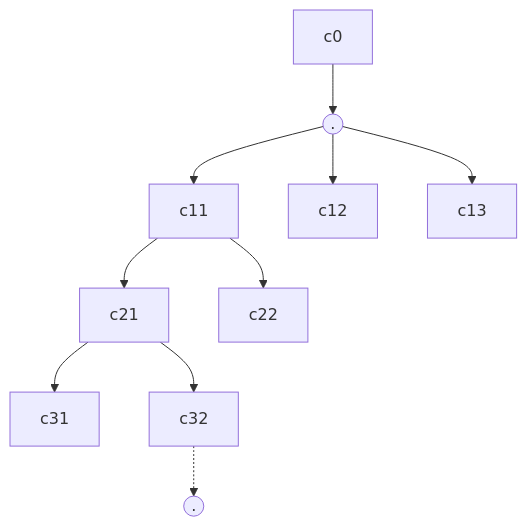
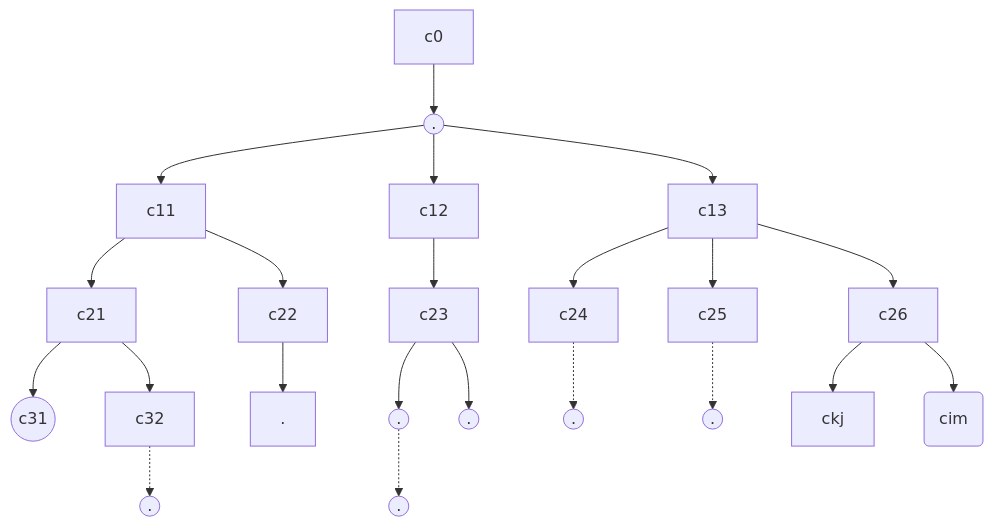
Before and after one commit to ErenKyojin/polimi-ing-info: the first of 2 diagrams in API/Modelli operazionali/Macchine di Turing.md, drawn with Mermaid. The commit also changed other lines of this file, not shown here.

Commit message:
[Archkyo] vault backup: 1 on 2023-03-10 14:13:47
Affected files:
API/Modelli operazionali/Macchine di Turing.md

````diff
--- a/API/Modelli operazionali/Macchine di Turing.md
+++ b/API/Modelli operazionali/Macchine di Turing.md
@@ -101,13 +101,24 @@
 ```mermaid
 graph TB
 	c0 --> n0((.))
 	n0 --> c11
 	n0 --> c12
 	n0 --> c13
 	c11 --> c21
 	c11 --> c22
-	c21 --> c31
+	c21 --> c31((c31))
 	c21 --> c32
 	c32 -.-> n1((.))
+	c22 --> n2[.]
+	c12 --> c23
+	c23 --> n3((.))
+	n3 -.-> n5((.))
+	c23 --> n4((.))
+	c13 --> c24
+	c24 -.-> n6((.))
+	c13 --> c25 -.-> n7((.))
+	c13 --> c26
+	c26 --> ckj[ckj]
+	c26 --> cim(cim)
 	
 ```
````
